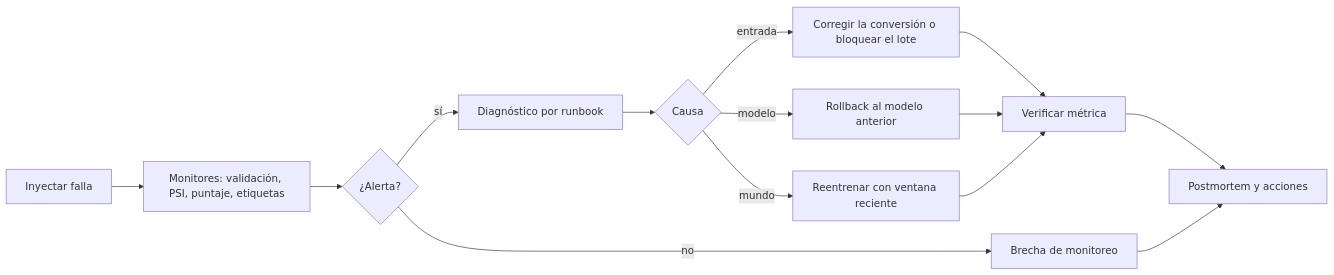
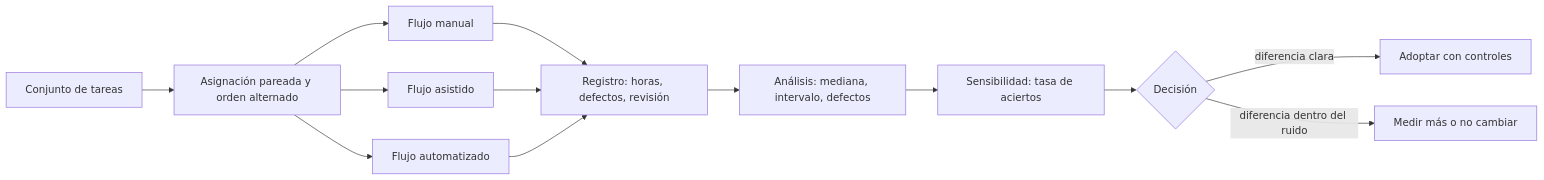
The diagram in content/part-46/SE-563.md (vladimiracunadev-create/modern-software-engineering-program), drawn with Mermaid before and after one commit. The commit also changed other lines of this file and 5193 other files, not shown here.

````diff
--- a/content/part-46/SE-563.md
+++ b/content/part-46/SE-563.md
@@ -59,16 +57,15 @@
 ```mermaid
 flowchart LR
-    A[Inyectar falla] --> B[Monitores: validación, PSI, puntaje, etiquetas]
-    B --> C{¿Alerta?}
-    C -->|no| D[Brecha de monitoreo]
-    C -->|sí| E[Diagnóstico por runbook]
-    E --> F{Causa}
-    F -->|entrada| G[Corregir la conversión o bloquear el lote]
-    F -->|modelo| H[Rollback al modelo anterior]
-    F -->|mundo| I[Reentrenar con ventana reciente]
-    G --> J[Verificar métrica]
-    H --> J
-    I --> J
-    J --> K[Postmortem y acciones]
-    D --> K
+    A[Conjunto de tareas] --> B[Asignación pareada y orden alternado]
+    B --> C[Flujo manual]
+    B --> D[Flujo asistido]
+    B --> E[Flujo automatizado]
+    C --> F[Registro: horas, defectos, revisión]
+    D --> F
+    E --> F
+    F --> G[Análisis: mediana, intervalo, defectos]
+    G --> H[Sensibilidad: tasa de aciertos]
+    H --> I{Decisión}
+    I -->|diferencia clara| J[Adoptar con controles]
+    I -->|diferencia dentro del ruido| K[Medir más o no cambiar]
 ```
````
